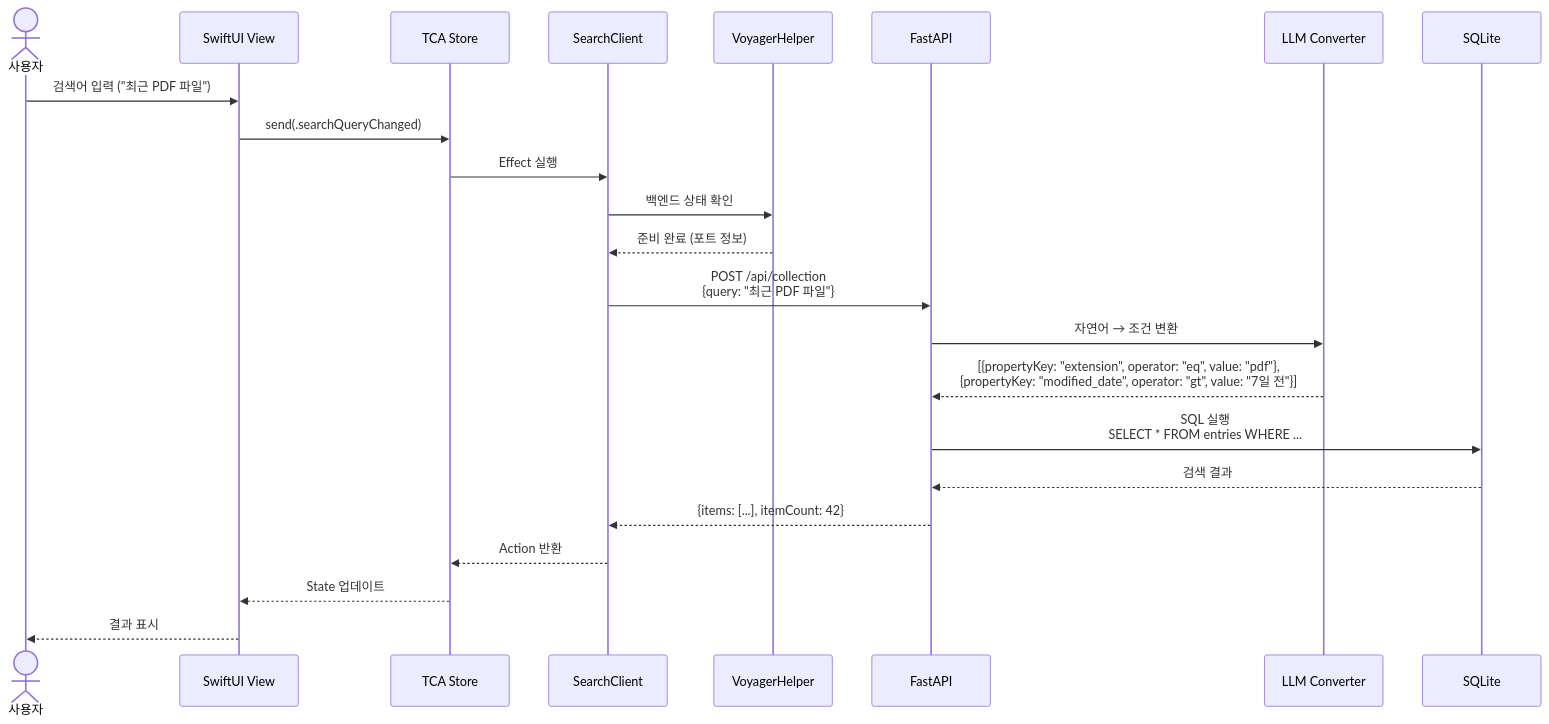
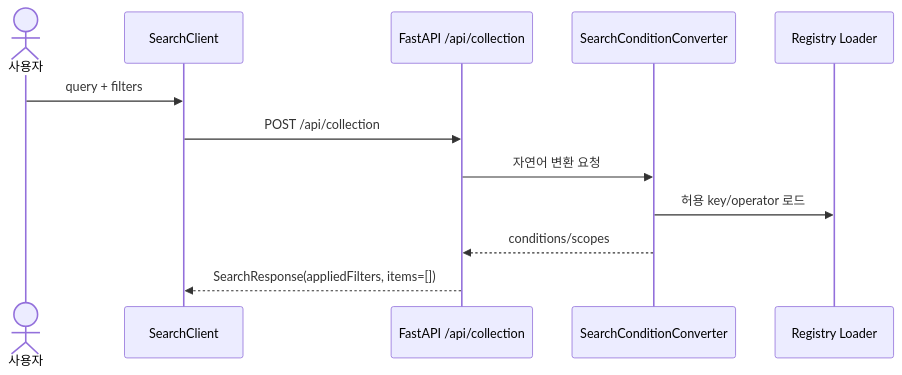
The second of 2 diagrams in docs/architecture/overview.md (voyager-labs/VoyagerSwiftACP), drawn with Mermaid before and after one commit. The commit also changed other lines of this file and 12 other files, not shown here.

````diff
--- a/docs/architecture/overview.md
+++ b/docs/architecture/overview.md
@@ -107,30 +65,15 @@
 ```mermaid
 sequenceDiagram
     actor User as 사용자
-    participant UI as SwiftUI View
-    participant Store as TCA Store
     participant Client as SearchClient
-    participant Helper as VoyagerHelper
-    participant API as FastAPI
-    participant LLM as LLM Converter
-    participant DB as SQLite
+    participant API as FastAPI /api/collection
+    participant LLM as SearchConditionConverter
+    participant Registry as Registry Loader
 
-    User->>UI: 검색어 입력 ("최근 PDF 파일")
-    UI->>Store: send(.searchQueryChanged)
-    Store->>Client: Effect 실행
-    
-    Client->>Helper: 백엔드 상태 확인
-    Helper-->>Client: 준비 완료 (포트 정보)
-    
-    Client->>API: POST /api/collection<br/>{query: "최근 PDF 파일"}
-    API->>LLM: 자연어 → 조건 변환
-    LLM-->>API: [{propertyKey: "extension", operator: "eq", value: "pdf"},<br/>{propertyKey: "modified_date", operator: "gt", value: "7일 전"}]
-    
-    API->>DB: SQL 실행<br/>SELECT * FROM entries WHERE ...
-    DB-->>API: 검색 결과
-    API-->>Client: {items: [...], itemCount: 42}
-    
-    Client-->>Store: Action 반환
-    Store-->>UI: State 업데이트
-    UI-->>User: 결과 표시
+    User->>Client: query + filters
+    Client->>API: POST /api/collection
+    API->>LLM: 자연어 변환 요청
+    LLM->>Registry: 허용 key/operator 로드
+    LLM-->>API: conditions/scopes
+    API-->>Client: SearchResponse(appliedFilters, items=[])
 ```
````
